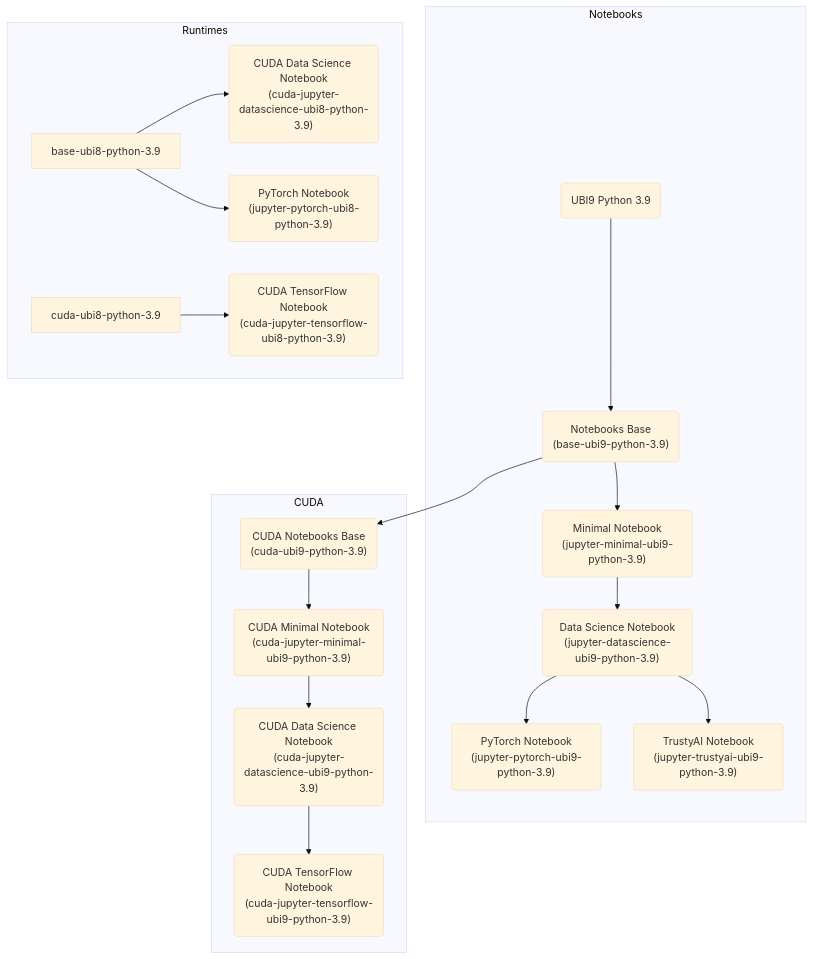
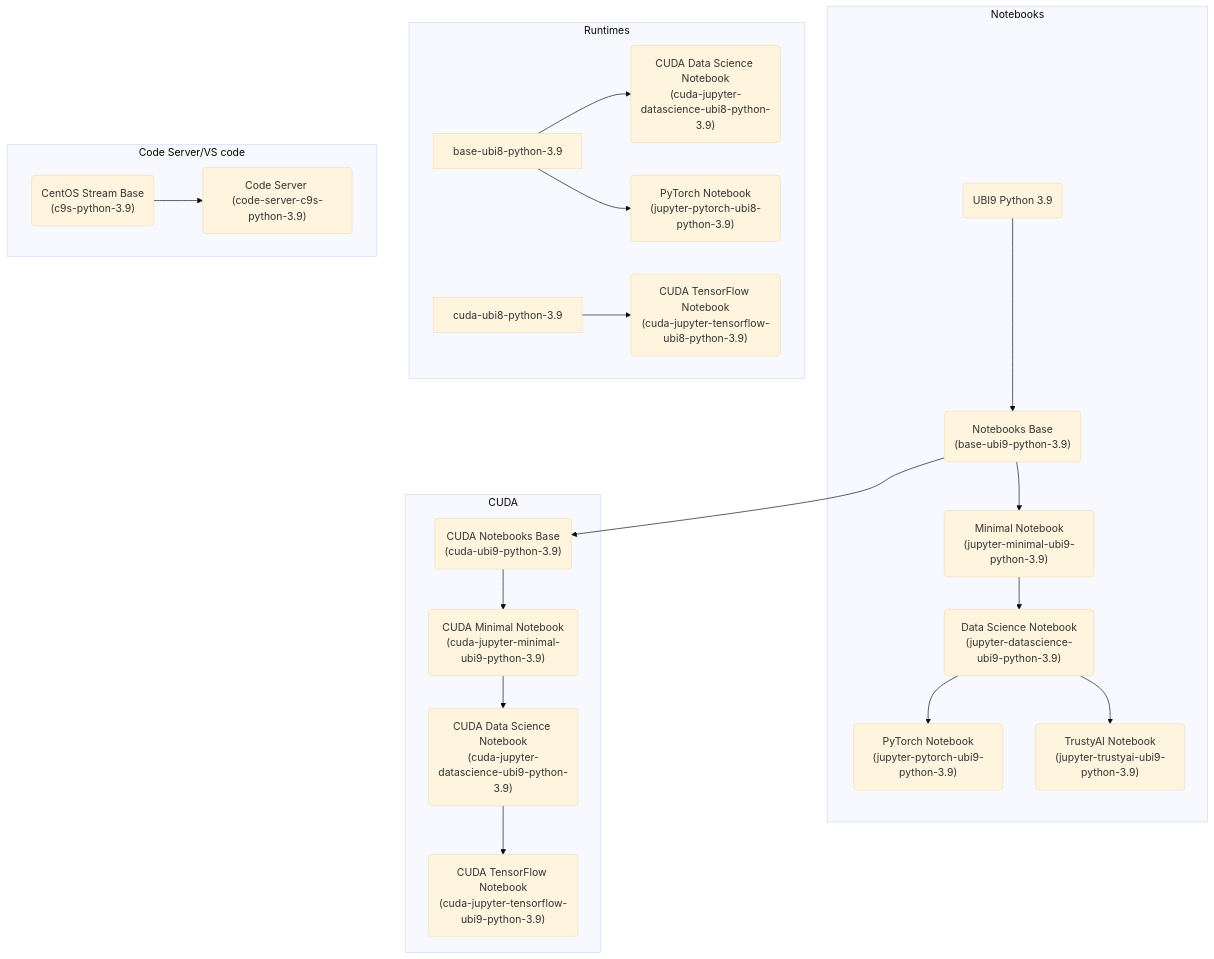
The second of 2 diagrams in README.md (opendatahub-io/notebooks), drawn with Mermaid (base theme) before and after one commit. The commit also changed other lines of this file and 19 other files, not shown here.

Commit message:
Add code server image

````diff
--- a/README.md
+++ b/README.md
@@ -57,46 +57,55 @@
 ```mermaid
 graph TB
     subgraph Notebooks
         %% Nodes
         ubi9-python-3.9(UBI9 Python 3.9);
         base-ubi9-python-3.9("Notebooks Base<br/>(base-ubi9-python-3.9)");
         jupyter-minimal-ubi9-python-3.9("Minimal Notebook<br/>(jupyter-minimal-ubi9-python-3.9)");
         jupyter-datascience-ubi9-python-3.9("Data Science Notebook<br/>(jupyter-datascience-ubi9-python-3.9)");
         jupyter-pytorch-ubi9-python-3.9("PyTorch Notebook<br/>(jupyter-pytorch-ubi9-python-3.9)");
         jupyter-trustyai-ubi9-python-3.9("TrustyAI Notebook<br/>(jupyter-trustyai-ubi9-python-3.9)");
 
         %% Edges
         ubi9-python-3.9 --> base-ubi9-python-3.9;
         base-ubi9-python-3.9 --> jupyter-minimal-ubi9-python-3.9;
         jupyter-minimal-ubi9-python-3.9 --> jupyter-datascience-ubi9-python-3.9;
         jupyter-datascience-ubi9-python-3.9 --> jupyter-pytorch-ubi9-python-3.9;
         jupyter-datascience-ubi9-python-3.9 --> jupyter-trustyai-ubi9-python-3.9;
     end
 
     subgraph CUDA
         %% Nodes
         cuda-ubi9-python-3.9("CUDA Notebooks Base<br/>(cuda-ubi9-python-3.9)");
         cuda-jupyter-minimal-ubi9-python-3.9("CUDA Minimal Notebook<br/>(cuda-jupyter-minimal-ubi9-python-3.9)");
         cuda-jupyter-datascience-ubi9-python-3.9("CUDA Data Science Notebook<br/>(cuda-jupyter-datascience-ubi9-python-3.9)");
         cuda-jupyter-tensorflow-ubi9-python-3.9("CUDA TensorFlow Notebook<br/>(cuda-jupyter-tensorflow-ubi9-python-3.9)");
 
         %% Edges
         base-ubi9-python-3.9 --> cuda-ubi9-python-3.9;
         cuda-ubi9-python-3.9 --> cuda-jupyter-minimal-ubi9-python-3.9;
         cuda-jupyter-minimal-ubi9-python-3.9 --> cuda-jupyter-datascience-ubi9-python-3.9;
         cuda-jupyter-datascience-ubi9-python-3.9 --> cuda-jupyter-tensorflow-ubi9-python-3.9;
     end
 
     subgraph Runtimes
         %% Nodes
         runtimes-datascience-ubi8-python-3.9("CUDA Data Science Notebook<br/>(cuda-jupyter-datascience-ubi8-python-3.9)");
         runtimes-pytorch-ubi8-python-3.9("PyTorch Notebook<br/>(jupyter-pytorch-ubi8-python-3.9)");
         cuda-runtimes-tensorflow-ubi8-python-3.9("CUDA TensorFlow Notebook<br/>(cuda-jupyter-tensorflow-ubi8-python-3.9)");
 
         %% Edges
         base-ubi8-python-3.9 --> runtimes-datascience-ubi8-python-3.9;
         base-ubi8-python-3.9 --> runtimes-pytorch-ubi8-python-3.9;
         cuda-ubi8-python-3.9 --> cuda-runtimes-tensorflow-ubi8-python-3.9;
     end
 
+    subgraph Code Server/VS code
+        %% Nodes
+        c9s-python-3.9("CentOS Stream Base<br/>(c9s-python-3.9)");
+        code-server-c9s-python-3.9("Code Server <br/>(code-server-c9s-python-3.9)");
+
+        %% Edges
+        c9s-python-3.9 --> code-server-c9s-python-3.9;
+    end
+
 ```
````
